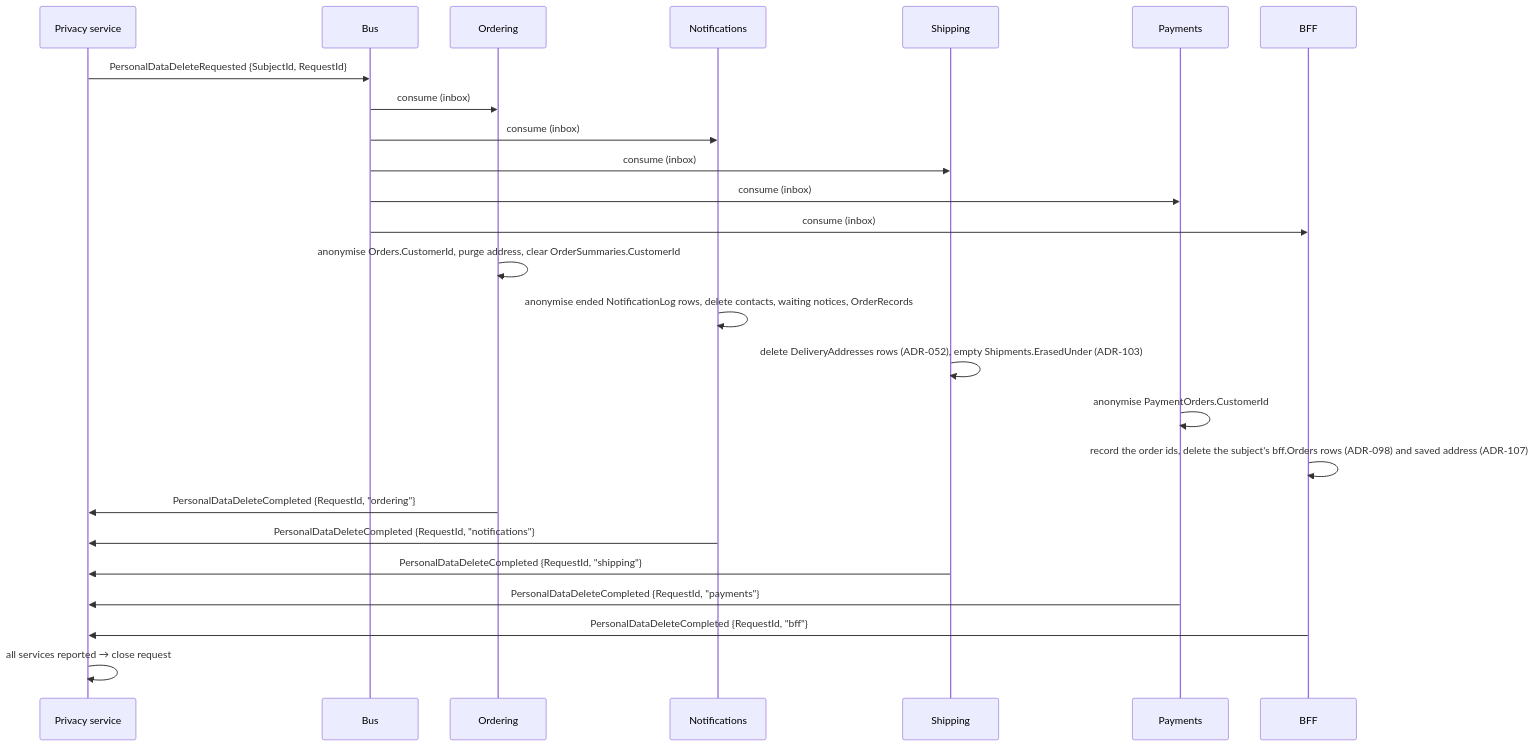
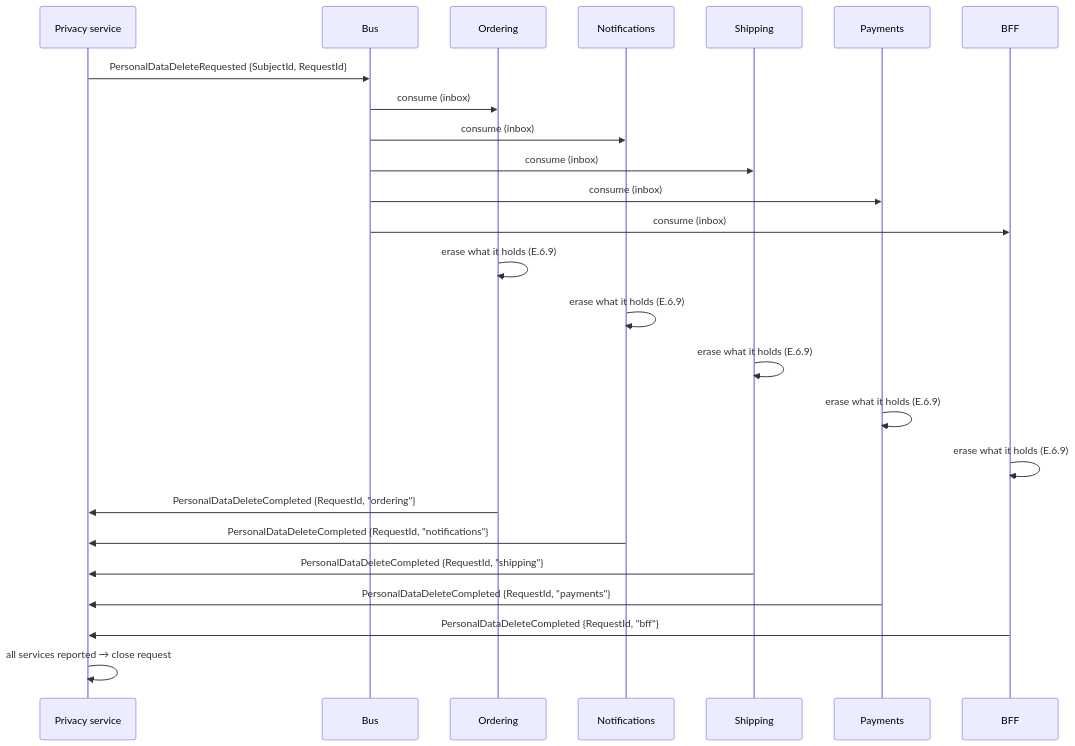
Before and after one commit to alexander-shamray/blueprint-backend: the second of 2 diagrams in docs/backend-architecture/11-identity-authorization.md, drawn with Mermaid. The commit also changed other lines of this file and 4 other files, not shown here.

````diff
--- a/docs/backend-architecture/11-identity-authorization.md
+++ b/docs/backend-architecture/11-identity-authorization.md
@@ -1425,28 +1427,28 @@
 ```mermaid
 sequenceDiagram
     participant P as Privacy service
     participant B as Bus
     participant O as Ordering
     participant N as Notifications
     participant S as Shipping
     participant Y as Payments
     participant F as BFF
 
     P->>B: PersonalDataDeleteRequested {SubjectId, RequestId}
     B->>O: consume (inbox)
     B->>N: consume (inbox)
     B->>S: consume (inbox)
     B->>Y: consume (inbox)
     B->>F: consume (inbox)
-    O->>O: anonymise Orders.CustomerId, purge address, clear OrderSummaries.CustomerId
-    N->>N: anonymise ended NotificationLog rows, delete contacts, waiting notices, OrderRecords
-    S->>S: delete DeliveryAddresses rows (ADR-052), empty Shipments.ErasedUnder (ADR-103)
-    Y->>Y: anonymise PaymentOrders.CustomerId
-    F->>F: record the order ids, delete the subject's bff.Orders rows (ADR-098) and saved address (ADR-107)
+    O->>O: erase what it holds (E.6.9)
+    N->>N: erase what it holds (E.6.9)
+    S->>S: erase what it holds (E.6.9)
+    Y->>Y: erase what it holds (E.6.9)
+    F->>F: erase what it holds (E.6.9)
     O->>P: PersonalDataDeleteCompleted {RequestId, "ordering"}
     N->>P: PersonalDataDeleteCompleted {RequestId, "notifications"}
     S->>P: PersonalDataDeleteCompleted {RequestId, "shipping"}
     Y->>P: PersonalDataDeleteCompleted {RequestId, "payments"}
     F->>P: PersonalDataDeleteCompleted {RequestId, "bff"}
     P->>P: all services reported → close request
 ```
````
